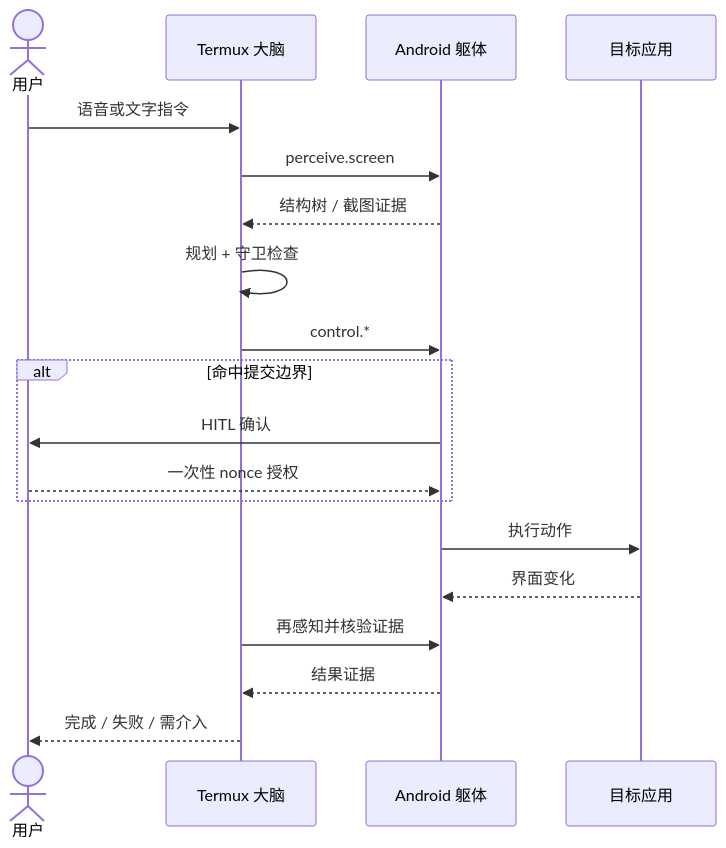
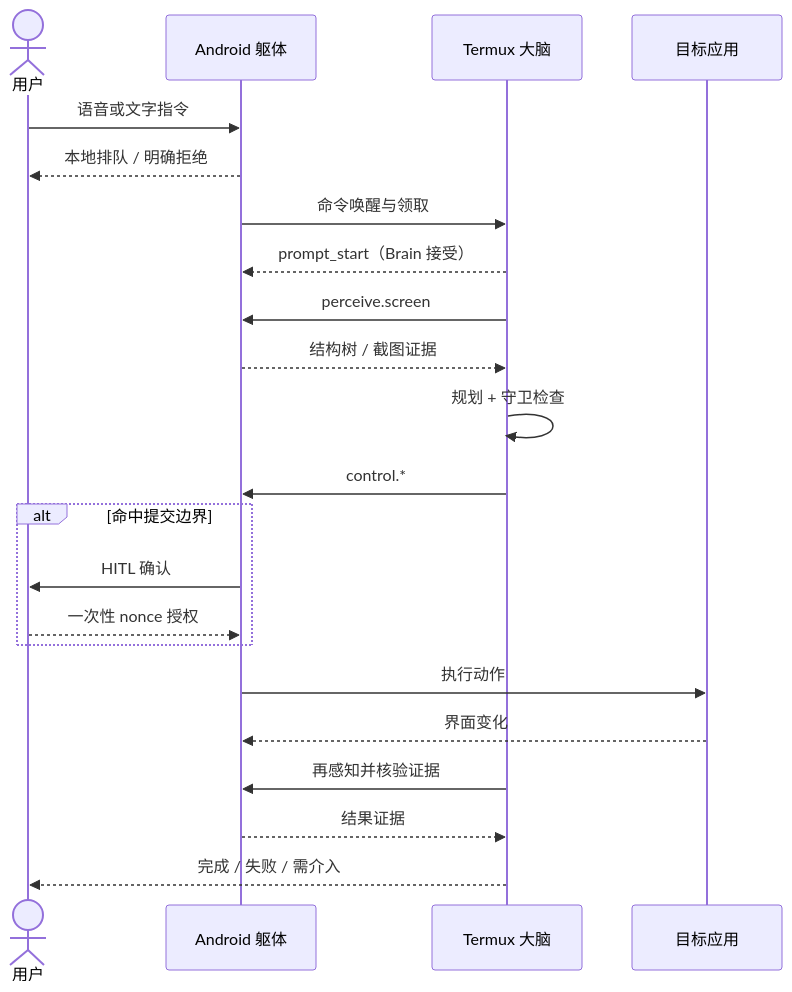
One commit to taomic2035/SuperAgent-Android changed the third of 3 diagrams in README.md. Above: the diagram before and after it, drawn with Mermaid. The commit also changed other lines of this file and 11 other files, not shown here.

````diff
--- a/README.md
+++ b/README.md
@@ -90,22 +90,25 @@
 ```mermaid
 sequenceDiagram
     actor User as 用户
+    participant Body as Android 躯体
     participant Brain as Termux 大脑
-    participant Body as Android 躯体
     participant App as 目标应用
 
-    User->>Brain: 语音或文字指令
+    User->>Body: 语音或文字指令
+    Body-->>User: 本地排队 / 明确拒绝
+    Body->>Brain: 命令唤醒与领取
+    Brain-->>Body: prompt_start（Brain 接受）
     Brain->>Body: perceive.screen
     Body-->>Brain: 结构树 / 截图证据
     Brain->>Brain: 规划 + 守卫检查
     Brain->>Body: control.*
     alt 命中提交边界
         Body->>User: HITL 确认
         User-->>Body: 一次性 nonce 授权
     end
     Body->>App: 执行动作
     App-->>Body: 界面变化
     Brain->>Body: 再感知并核验证据
     Body-->>Brain: 结果证据
     Brain-->>User: 完成 / 失败 / 需介入
 ```
````
